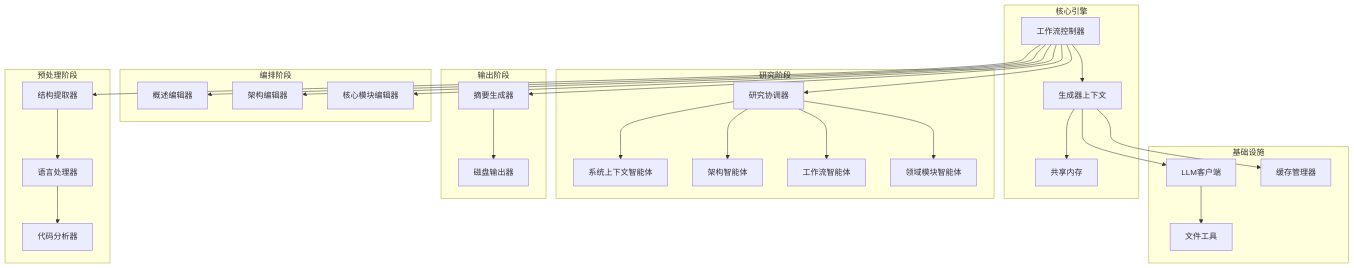
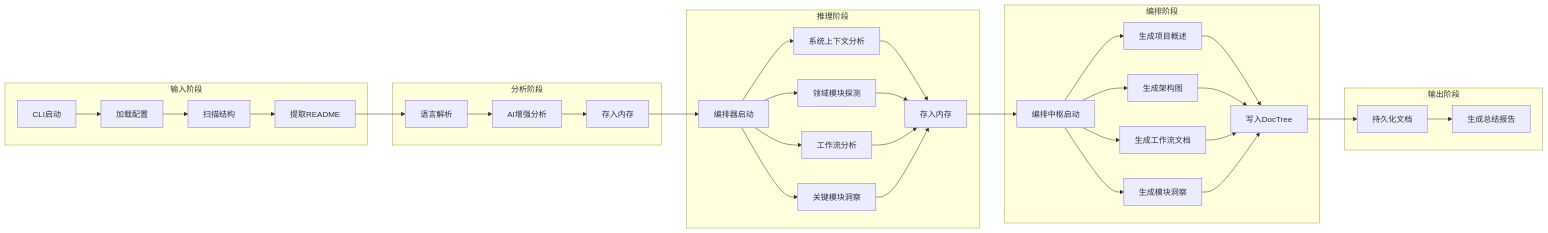
Before and after one commit to BigtoC/deepwiki-rs: the fourth of 5 diagrams in README_zh.md, drawn with Mermaid. The commit also changed other lines of this file and 1 other file, not shown here.

Commit message:
Update README with improved descriptions and features
Update README_zh with improved descriptions and features

````diff
--- a/README_zh.md
+++ b/README_zh.md
@@ -125,63 +124,39 @@
 ```mermaid
-flowchart TB
-    subgraph "核心引擎"
-        Workflow[工作流控制器]
-        Context[生成器上下文]
-        Memory[共享内存]
+graph LR
+    subgraph 输入阶段
+        A[CLI启动] --> B[加载配置]
+        B --> C[扫描结构]
+        C --> D[提取README]
     end
-
-    subgraph "预处理阶段"
-        StructureExtractor[结构提取器]
-        LanguageProcessors[语言处理器]
-        CodeAnalyzer[代码分析器]
+    subgraph 分析阶段
+        D --> E[语言解析]
+        E --> F[AI增强分析]
+        F --> G[存入内存]
     end
-
-    subgraph "研究阶段"
-        ResearchOrchestrator[研究协调器]
-        SystemContextAgent[系统上下文智能体]
-        ArchitectureAgent[架构智能体]
-        WorkflowAgent[工作流智能体]
-        DomainModuleAgent[领域模块智能体]
+    subgraph 推理阶段
+        G --> H[编排器启动]
+        H --> I[系统上下文分析]
+        H --> J[领域模块探测]
+        H --> K[工作流分析]
+        H --> L[关键模块洞察]
+        I --> M[存入内存]
+        J --> M
+        K --> M
+        L --> M
     end
-
-    subgraph "编排阶段"
-        OverviewEditor[概述编辑器]
-        ArchitectureEditor[架构编辑器]
-        CoreModulesEditor[核心模块编辑器]
+    subgraph 编排阶段
+        M --> N[编排中枢启动]
+        N --> O[生成项目概述]
+        N --> P[生成架构图]
+        N --> Q[生成工作流文档]
+        N --> R[生成模块洞察]
+        O --> S[写入DocTree]
+        P --> S
+        Q --> S
+        R --> S
     end
-
-    subgraph "输出阶段"
-        SummaryGenerator[摘要生成器]
-        DiskOutlet[磁盘输出器]
+    subgraph 输出阶段
+        S --> T[持久化文档]
+        T --> U[生成总结报告]
     end
-
-    subgraph "基础设施"
-        LLMClient[LLM客户端]
-        CacheManager[缓存管理器]
-        FileTools[文件工具]
-    end
-
-    Workflow --> Context
-    Context --> Memory
-
-    Workflow --> StructureExtractor
-    StructureExtractor --> LanguageProcessors
-    LanguageProcessors --> CodeAnalyzer
-
-    Workflow --> ResearchOrchestrator
-    ResearchOrchestrator --> SystemContextAgent
-    ResearchOrchestrator --> ArchitectureAgent
-    ResearchOrchestrator --> WorkflowAgent
-    ResearchOrchestrator --> DomainModuleAgent
-
-    Workflow --> OverviewEditor
-    Workflow --> ArchitectureEditor
-    Workflow --> CoreModulesEditor
-
-    Workflow --> SummaryGenerator
-    SummaryGenerator --> DiskOutlet
-
-    Context --> LLMClient
-    Context --> CacheManager
-    LLMClient --> FileTools
 ```
````
